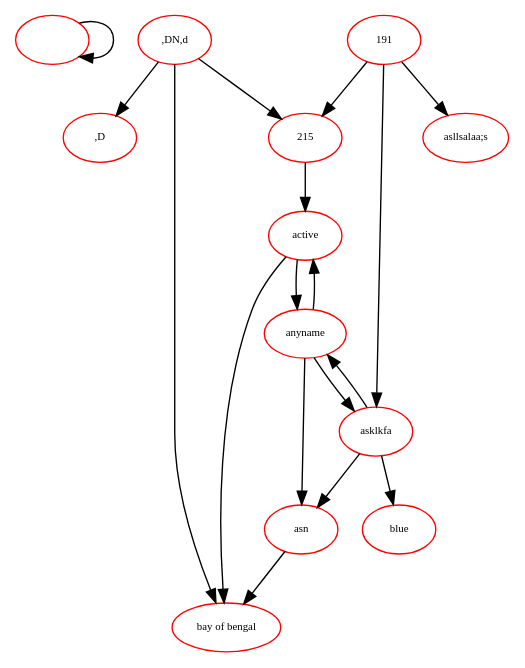
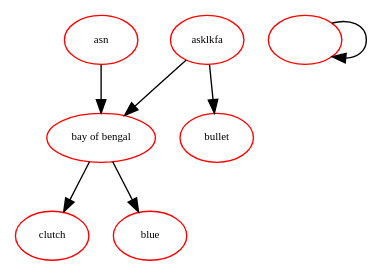
The diagram in graph.dot (kannan-dhandapani/workflow), drawn with Graphviz before and after one commit. The commit also changed 23 other files, not shown here.

```diff
--- a/graph.dot
+++ b/graph.dot
@@ -1,153 +1,74 @@
 digraph RGL__DirectedAdjacencyGraph {
-    "" [
+    "bay of bengal" [
         color = red,
         fillcolor = yellow,
         fontsize = 8,
-        label = ""
+        label = "bay of bengal"
     ]
 
-    ",DN,d" [
+    clutch [
         color = red,
         fillcolor = yellow,
         fontsize = 8,
-        label = ",DN,d"
-    ]
-
-    ",D" [
-        color = red,
-        fillcolor = yellow,
-        fontsize = 8,
-        label = ",D"
-    ]
-
-    215 [
-        color = red,
-        fillcolor = yellow,
-        fontsize = 8,
-        label = 215
-    ]
-
-    anyname [
-        color = red,
-        fillcolor = yellow,
-        fontsize = 8,
-        label = anyname
-    ]
-
-    active [
-        color = red,
-        fillcolor = yellow,
-        fontsize = 8,
-        label = active
+        label = clutch
     ]
 
     asklkfa [
         color = red,
         fillcolor = yellow,
         fontsize = 8,
         label = asklkfa
     ]
 
+    "" [
+        color = red,
+        fillcolor = yellow,
+        fontsize = 8,
+        label = ""
+    ]
+
+    bullet [
+        color = red,
+        fillcolor = yellow,
+        fontsize = 8,
+        label = bullet
+    ]
+
     asn [
         color = red,
         fillcolor = yellow,
         fontsize = 8,
         label = asn
-    ]
-
-    "bay of bengal" [
-        color = red,
-        fillcolor = yellow,
-        fontsize = 8,
-        label = "bay of bengal"
-    ]
-
-    191 [
-        color = red,
-        fillcolor = yellow,
-        fontsize = 8,
-        label = 191
-    ]
-
-    "asllsalaa;s" [
-        color = red,
-        fillcolor = yellow,
-        fontsize = 8,
-        label = "asllsalaa;s"
     ]
 
     blue [
         color = red,
         fillcolor = yellow,
         fontsize = 8,
         label = blue
     ]
 
-    "" -> "" [
+    "bay of bengal" -> clutch [
         fontsize = 8
     ]
 
-    ",DN,d" -> ",D" [
+    "bay of bengal" -> blue [
         fontsize = 8
     ]
 
-    ",DN,d" -> 215 [
+    asklkfa -> "bay of bengal" [
         fontsize = 8
     ]
 
-    ",DN,d" -> "bay of bengal" [
+    asklkfa -> bullet [
         fontsize = 8
     ]
 
-    215 -> active [
-        fontsize = 8
-    ]
-
-    anyname -> active [
-        fontsize = 8
-    ]
-
-    anyname -> asklkfa [
-        fontsize = 8
-    ]
-
-    anyname -> asn [
-        fontsize = 8
-    ]
-
-    active -> "bay of bengal" [
-        fontsize = 8
-    ]
-
-    active -> anyname [
-        fontsize = 8
-    ]
-
-    asklkfa -> anyname [
-        fontsize = 8
-    ]
-
-    asklkfa -> asn [
-        fontsize = 8
-    ]
-
-    asklkfa -> blue [
+    "" -> "" [
         fontsize = 8
     ]
 
     asn -> "bay of bengal" [
         fontsize = 8
     ]
-
-    191 -> 215 [
-        fontsize = 8
-    ]
-
-    191 -> "asllsalaa;s" [
-        fontsize = 8
-    ]
-
-    191 -> asklkfa [
-        fontsize = 8
-    ]
 }
```
